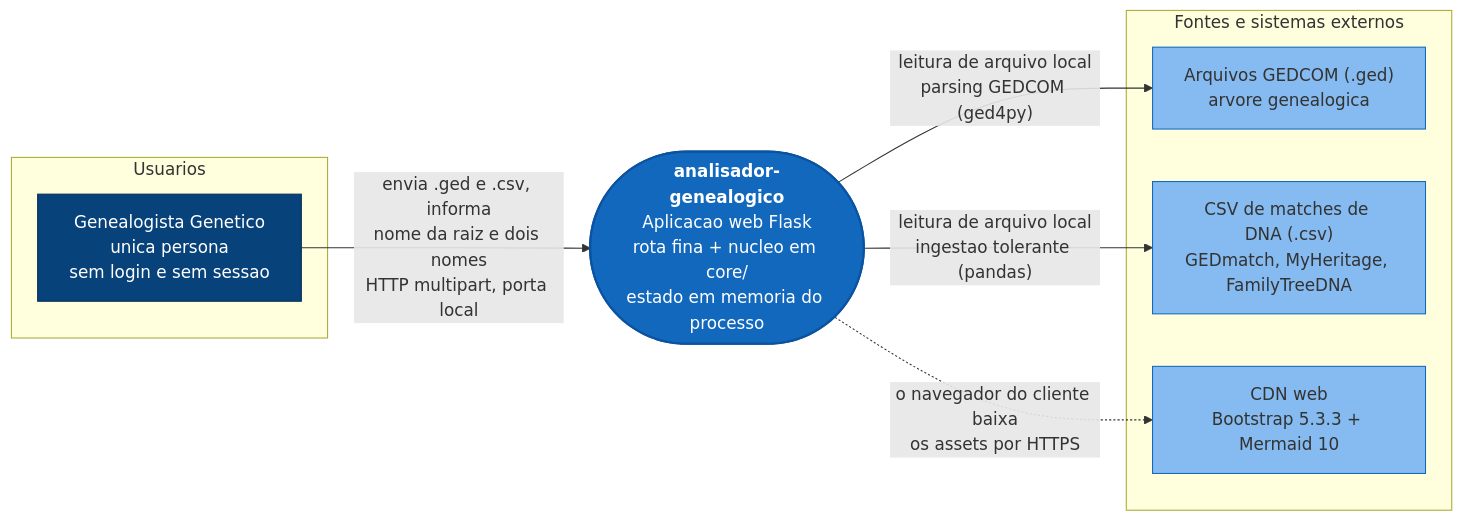
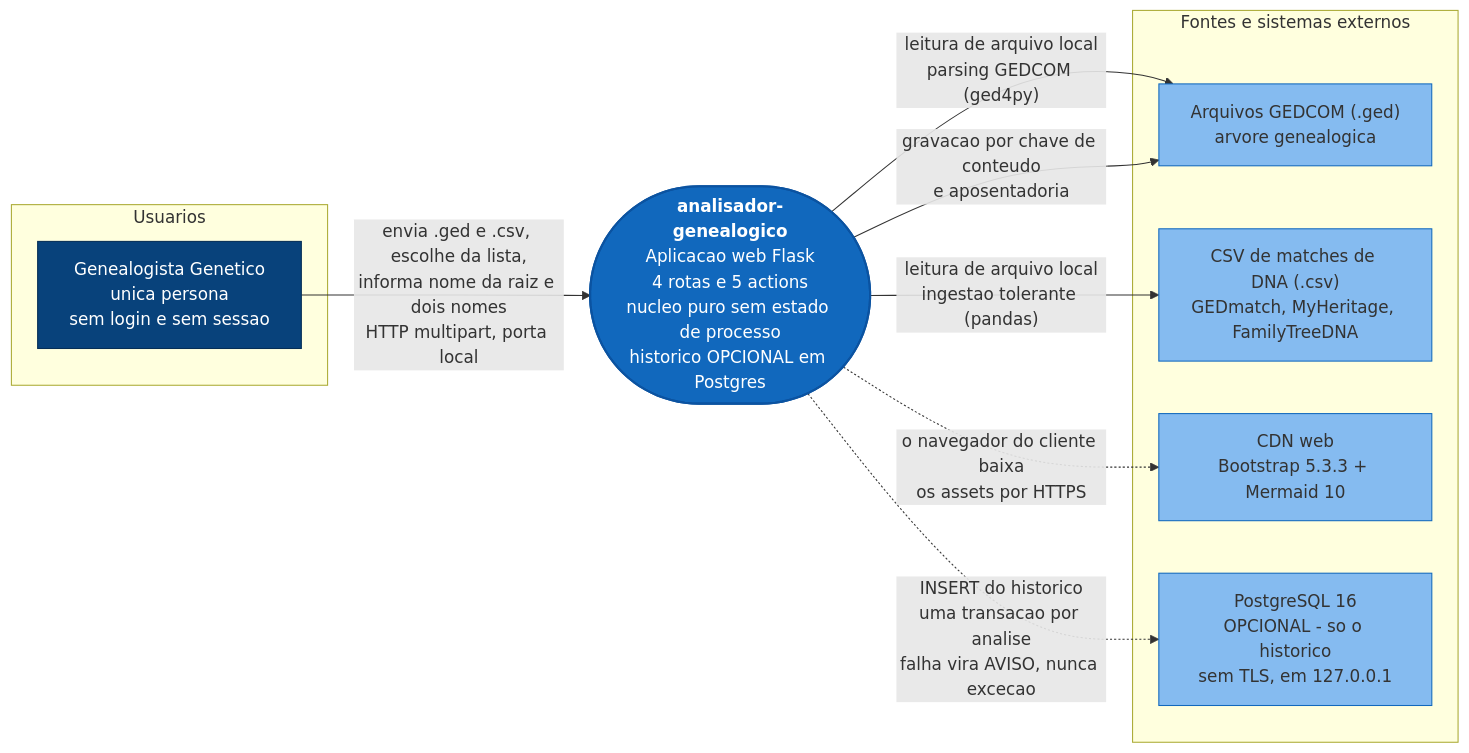
One commit to Adriano1976/reversa-analisador-genealogico changed the diagram in _reversa_sdd/c4-context.md. Above: the diagram before and after it, drawn with Mermaid. The commit also changed other lines of this file and 69 other files, not shown here.

````diff
--- a/_reversa_sdd/c4-context.md
+++ b/_reversa_sdd/c4-context.md
@@ -13,23 +13,26 @@
 ```mermaid
 flowchart LR
     subgraph Usuarios["Usuarios"]
         U1["Genealogista Genetico<br/>unica persona<br/>sem login e sem sessao"]:::person
     end
 
-    S(["<b>analisador-genealogico</b><br/>Aplicacao web Flask<br/>rota fina + nucleo em core/<br/>estado em memoria do processo"]):::system
+    S(["<b>analisador-genealogico</b><br/>Aplicacao web Flask<br/>4 rotas e 5 actions<br/>nucleo puro sem estado de processo<br/>historico OPCIONAL em Postgres"]):::system
 
     subgraph Externos["Fontes e sistemas externos"]
         C1["Arquivos GEDCOM (.ged)<br/>arvore genealogica"]:::ext
         C2["CSV de matches de DNA (.csv)<br/>GEDmatch, MyHeritage, FamilyTreeDNA"]:::ext
         C3["CDN web<br/>Bootstrap 5.3.3 + Mermaid 10"]:::ext
+        C4["PostgreSQL 16<br/>OPCIONAL - so o historico<br/>sem TLS, em 127.0.0.1"]:::ext
     end
 
-    U1 -->|"envia .ged e .csv, informa<br/>nome da raiz e dois nomes<br/>HTTP multipart, porta local"| S
+    U1 -->|"envia .ged e .csv, escolhe da lista,<br/>informa nome da raiz e dois nomes<br/>HTTP multipart, porta local"| S
     S -->|"leitura de arquivo local<br/>parsing GEDCOM (ged4py)"| C1
+    S -->|"gravacao por chave de conteudo<br/>e aposentadoria"| C1
     S -->|"leitura de arquivo local<br/>ingestao tolerante (pandas)"| C2
     S -.->|"o navegador do cliente baixa<br/>os assets por HTTPS"| C3
+    S -.->|"INSERT do historico<br/>uma transacao por analise<br/>falha vira AVISO, nunca excecao"| C4
 
     classDef person fill:#08427B,color:#fff,stroke:#052e56,stroke-width:1px
     classDef system fill:#1168BD,color:#fff,stroke:#0b53a1,stroke-width:2px
     classDef ext fill:#85BBF0,stroke:#1168BD,stroke-width:1px
 ```
````
